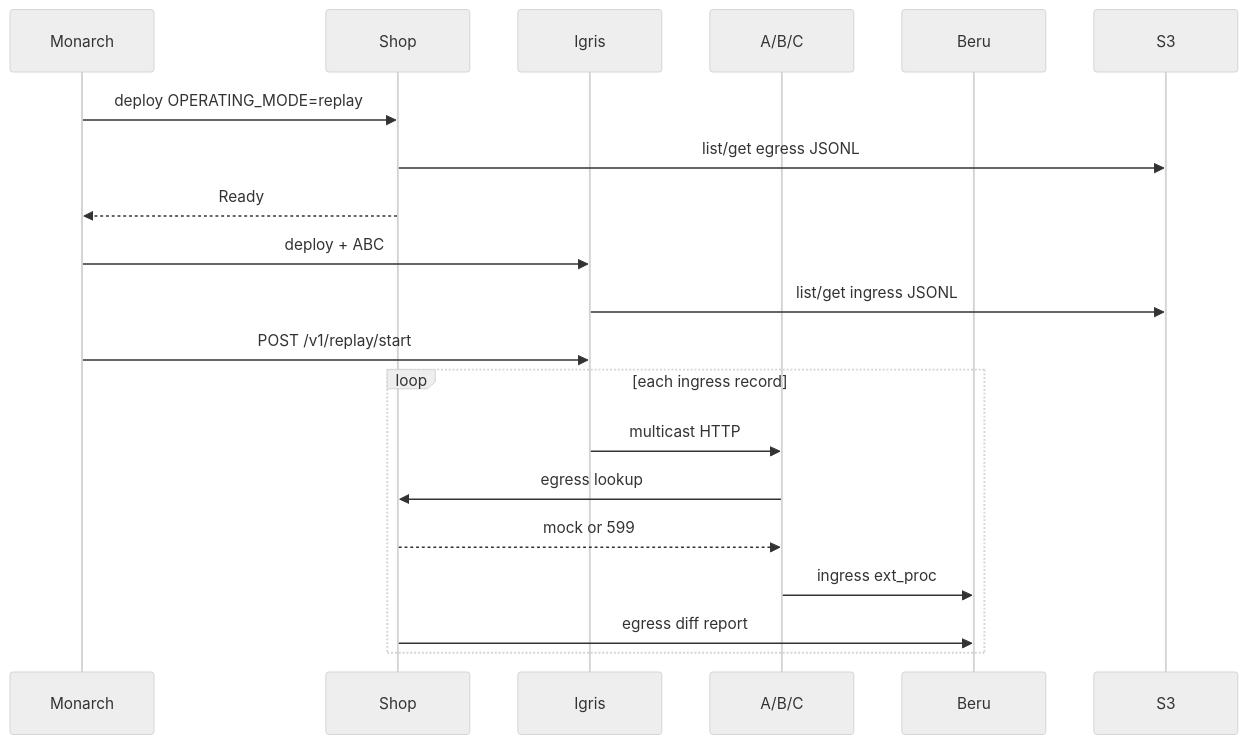
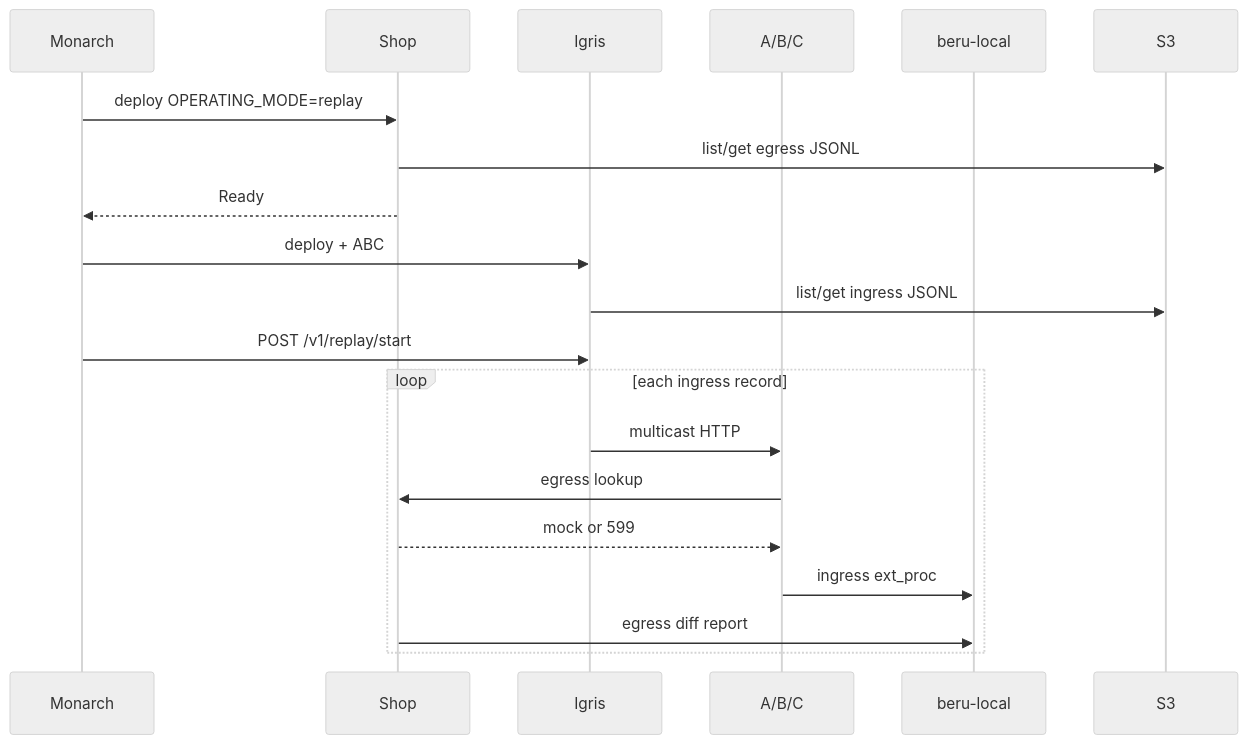
Before and after one commit to nederrgo/shadow-diff: the second of 3 diagrams in docs/architecture/ARCHITECTURE.md, drawn with Mermaid (neutral theme). The commit also changed other lines of this file and 46 other files, not shown here.

Commit message:
helm chart

````diff
--- a/docs/architecture/ARCHITECTURE.md
+++ b/docs/architecture/ARCHITECTURE.md
@@ -152,23 +186,23 @@
 ```mermaid
 sequenceDiagram
   participant M as Monarch
   participant Shop as Shop
   participant Igris as Igris
   participant ABC as A/B/C
-  participant Beru as Beru
+  participant Beru as beru-local
   participant S3 as S3
 
   M->>Shop: deploy OPERATING_MODE=replay
   Shop->>S3: list/get egress JSONL
   Shop-->>M: Ready
   M->>Igris: deploy + ABC
   Igris->>S3: list/get ingress JSONL
   M->>Igris: POST /v1/replay/start
   loop each ingress record
     Igris->>ABC: multicast HTTP
     ABC->>Shop: egress lookup
     Shop-->>ABC: mock or 599
     ABC->>Beru: ingress ext_proc
     Shop->>Beru: egress diff report
   end
 ```
````
